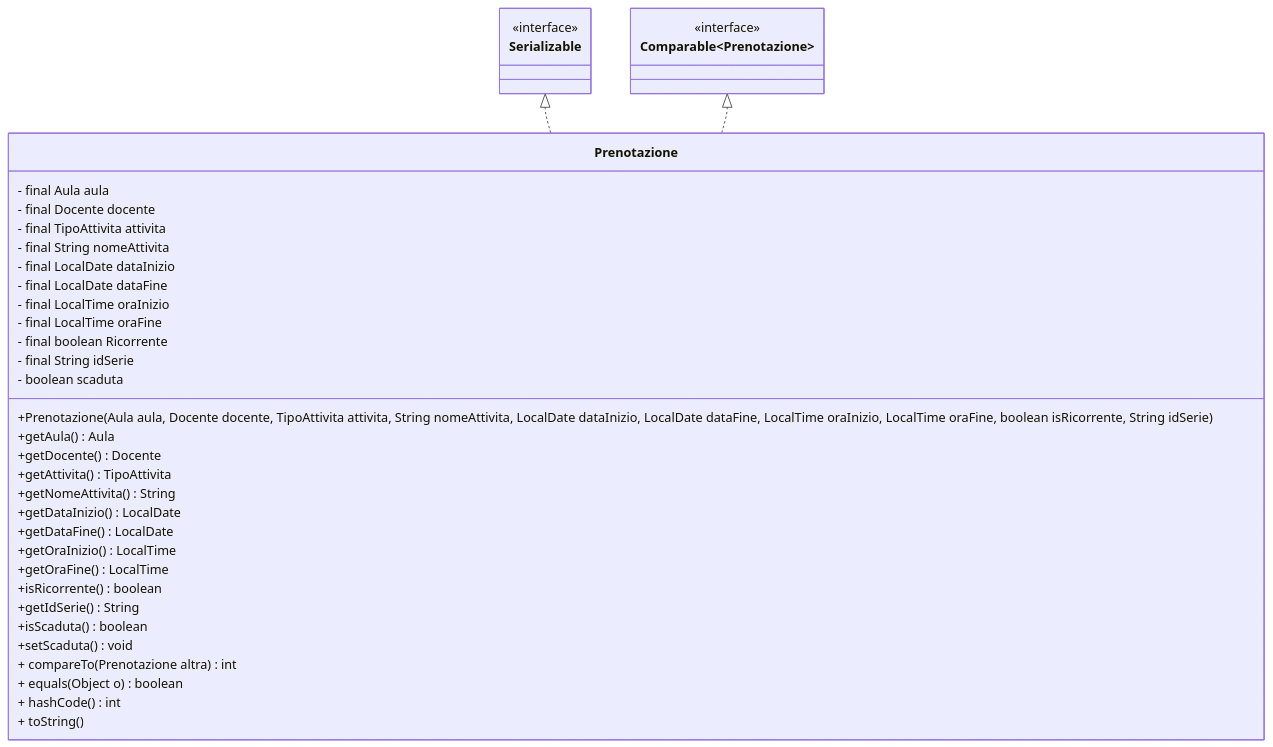
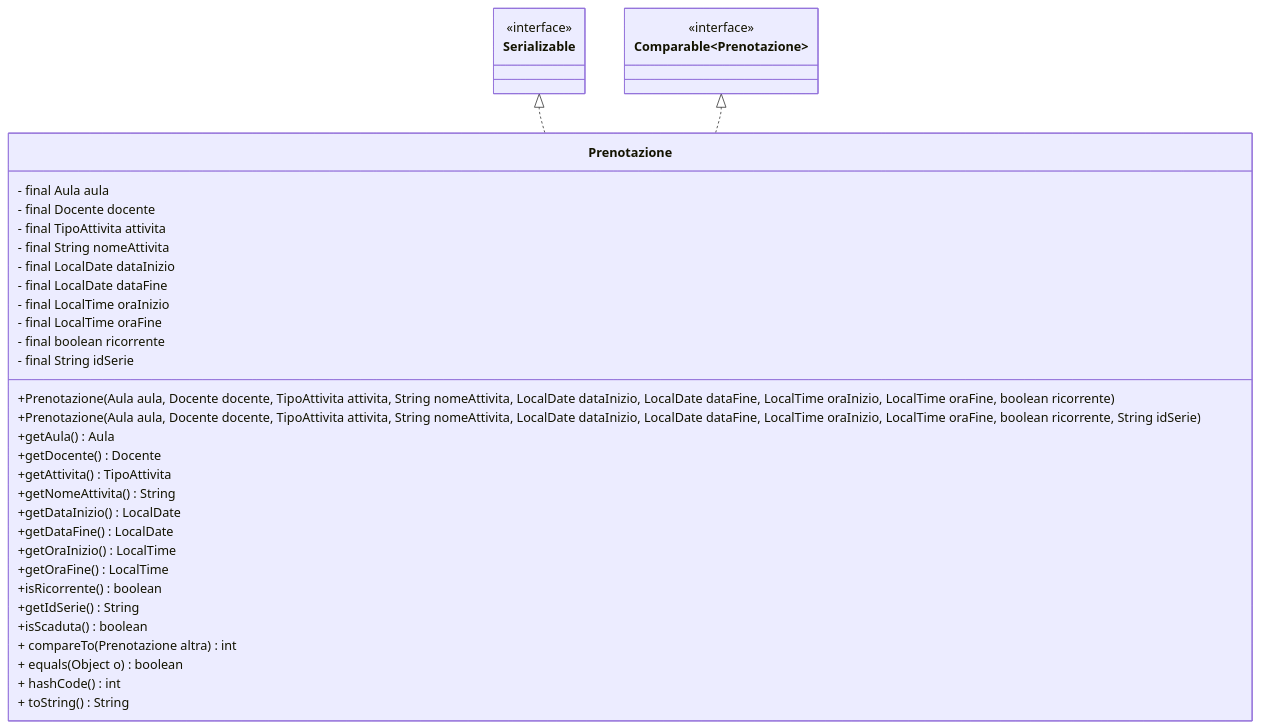
Before and after one commit to gcarbone48/PrenotazioneAule5: the diagram in diagrams/class diagrams/prenotazioneClassDiagram.md, drawn with Mermaid. The commit also changed 1 other file, not shown here.

Commit message:
FIX: allineamento classe Prenotazione al rispettivo diagramma. Aggiunta dell'attributo nome attività alla classe, presente nel diagramma ma mancante prima del commit Vari typo

````diff
--- a/diagrams/class diagrams/prenotazioneClassDiagram.md
+++ b/diagrams/class diagrams/prenotazioneClassDiagram.md
@@ -1,50 +1,49 @@
 ```mermaid
 classDiagram
 
     class Serializable {
              <<interface>>
     }
     class Comparable~Prenotazione~{
              <<interface>>
     }
 
     Serializable <|.. Prenotazione
     Comparable <|.. Prenotazione
 
 
  class Prenotazione{
         - final Aula aula
         - final Docente docente
         - final TipoAttivita attivita
         - final String nomeAttivita
         - final LocalDate dataInizio
         - final LocalDate dataFine
         - final LocalTime oraInizio
         - final LocalTime oraFine
-        - final boolean Ricorrente
+        - final boolean ricorrente
         - final String idSerie
-        - boolean scaduta
 
         %%Costruttore 
 
-        +Prenotazione(Aula aula, Docente docente, TipoAttivita attivita, String nomeAttivita, LocalDate dataInizio, LocalDate dataFine, LocalTime oraInizio, LocalTime oraFine, boolean isRicorrente, String idSerie) 
+        +Prenotazione(Aula aula, Docente docente, TipoAttivita attivita, String nomeAttivita, LocalDate dataInizio, LocalDate dataFine, LocalTime oraInizio, LocalTime oraFine, boolean ricorrente) 
+        +Prenotazione(Aula aula, Docente docente, TipoAttivita attivita, String nomeAttivita, LocalDate dataInizio, LocalDate dataFine, LocalTime oraInizio, LocalTime oraFine, boolean ricorrente, String idSerie) 
         +getAula() Aula
         +getDocente() Docente
         +getAttivita() TipoAttivita
         +getNomeAttivita() String
         +getDataInizio() LocalDate
         +getDataFine() LocalDate
         +getOraInizio() LocalTime
         +getOraFine() LocalTime
         +isRicorrente() boolean
         +getIdSerie() String
         +isScaduta() boolean
-        +setScaduta() void
         + compareTo(Prenotazione altra) int
         + equals(Object o) boolean
         + hashCode() int
-        + toString()
+        + toString() String
         
 
     }
 ```
````
